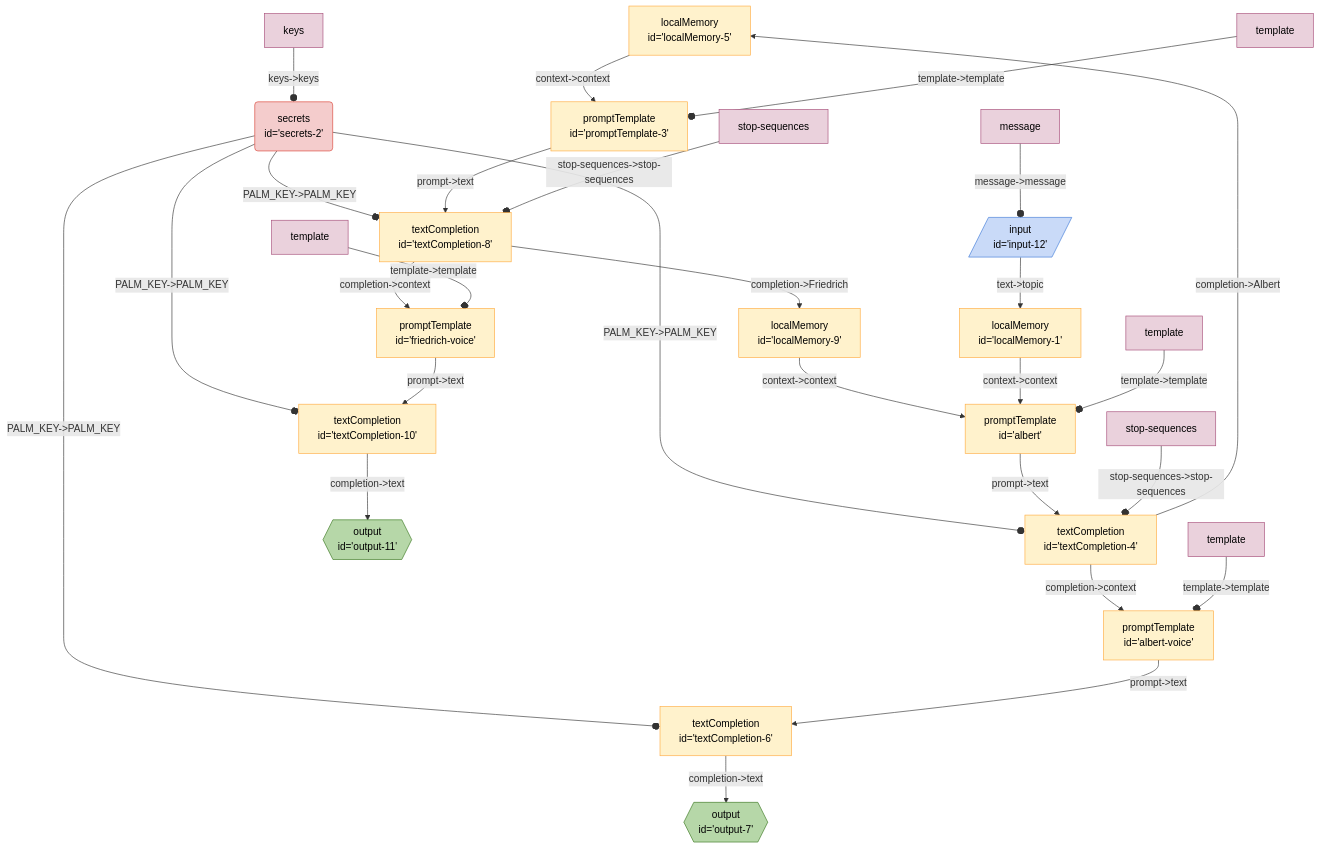
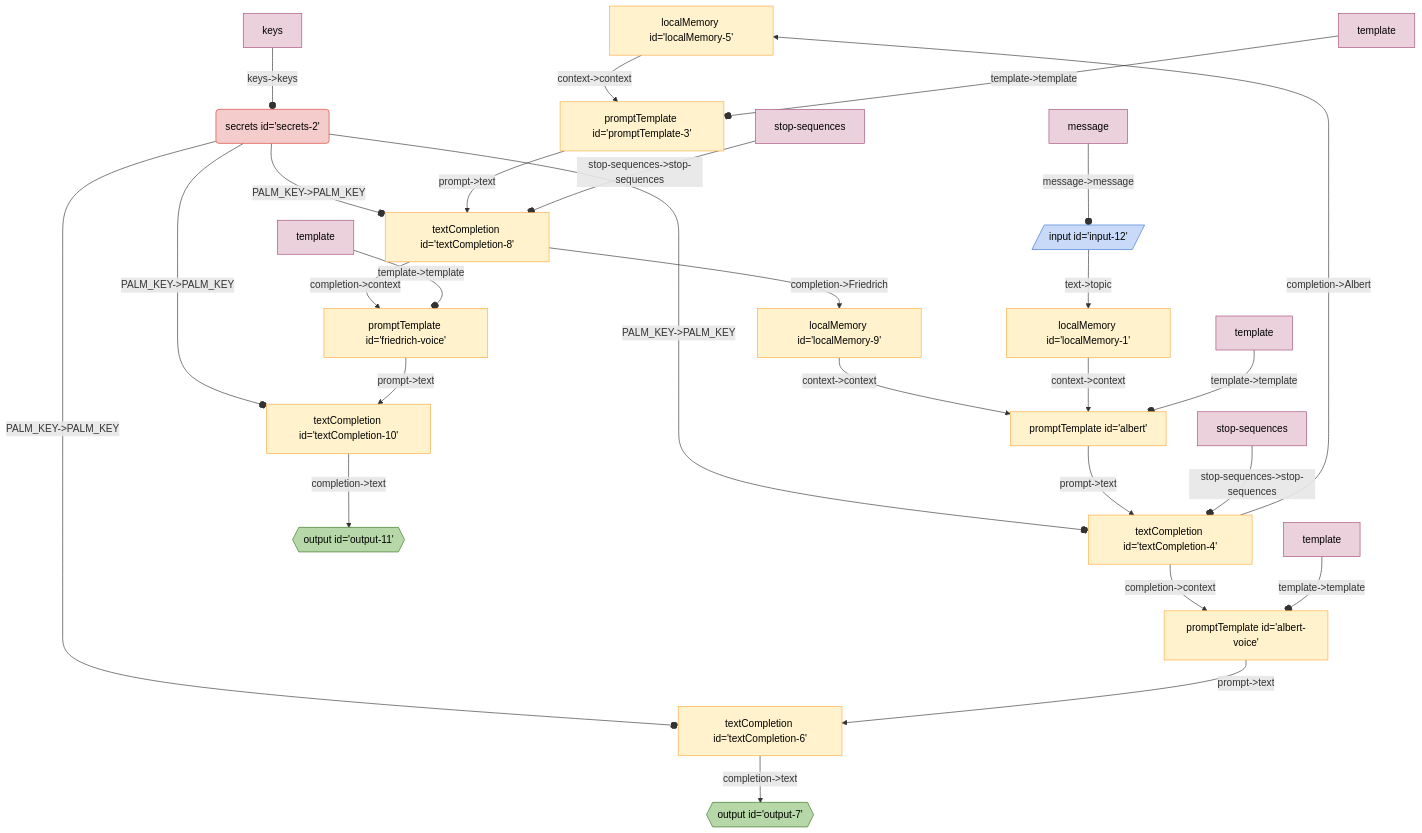
Before and after one commit to breadboard-ai/breadboard: the diagram in seeds/graph-playground/docs/graphs/endless-debate-with-voice.md, drawn with Mermaid. The commit also changed 17 other files, not shown here.

Commit message:
nit: remove extranous line break in mermaid sources

````diff
--- a/seeds/graph-playground/docs/graphs/endless-debate-with-voice.md
+++ b/seeds/graph-playground/docs/graphs/endless-debate-with-voice.md
@@ -5,74 +5,38 @@
   ```mermaid
   %%{init: 'themeVariables': { 'fontFamily': 'Fira Code, monospace' }}%%
 graph TD;
-localMemory5["localMemory
-id='localMemory-5'"] -- "context->context" --> promptTemplate3["promptTemplate
-id='promptTemplate-3'"]
-textCompletion4["textCompletion
-id='textCompletion-4'"] -- "completion->Albert" --> localMemory5["localMemory
-id='localMemory-5'"]
-secrets2("secrets
-id='secrets-2'"):::secrets -- "PALM_KEY->PALM_KEY" --o textCompletion6["textCompletion
-id='textCompletion-6'"]
-textCompletion6["textCompletion
-id='textCompletion-6'"] -- "completion->text" --> output7{{"output
-id='output-7'"}}:::output
-albertvoice["promptTemplate
-id='albert-voice'"] -- "prompt->text" --> textCompletion6["textCompletion
-id='textCompletion-6'"]
-textCompletion4["textCompletion
-id='textCompletion-4'"] -- "completion->context" --> albertvoice["promptTemplate
-id='albert-voice'"]
-secrets2("secrets
-id='secrets-2'"):::secrets -- "PALM_KEY->PALM_KEY" --o textCompletion4["textCompletion
-id='textCompletion-4'"]
-albert["promptTemplate
-id='albert'"] -- "prompt->text" --> textCompletion4["textCompletion
-id='textCompletion-4'"]
-localMemory9["localMemory
-id='localMemory-9'"] -- "context->context" --> albert["promptTemplate
-id='albert'"]
-textCompletion8["textCompletion
-id='textCompletion-8'"] -- "completion->Friedrich" --> localMemory9["localMemory
-id='localMemory-9'"]
-secrets2("secrets
-id='secrets-2'"):::secrets -- "PALM_KEY->PALM_KEY" --o textCompletion10["textCompletion
-id='textCompletion-10'"]
-textCompletion10["textCompletion
-id='textCompletion-10'"] -- "completion->text" --> output11{{"output
-id='output-11'"}}:::output
-friedrichvoice["promptTemplate
-id='friedrich-voice'"] -- "prompt->text" --> textCompletion10["textCompletion
-id='textCompletion-10'"]
-textCompletion8["textCompletion
-id='textCompletion-8'"] -- "completion->context" --> friedrichvoice["promptTemplate
-id='friedrich-voice'"]
-secrets2("secrets
-id='secrets-2'"):::secrets -- "PALM_KEY->PALM_KEY" --o textCompletion8["textCompletion
-id='textCompletion-8'"]
-promptTemplate3["promptTemplate
-id='promptTemplate-3'"] -- "prompt->text" --> textCompletion8["textCompletion
-id='textCompletion-8'"]
-localMemory1["localMemory
-id='localMemory-1'"] -- "context->context" --> albert["promptTemplate
-id='albert'"]
-input12[/"input
-id='input-12'"/]:::input -- "text->topic" --> localMemory1["localMemory
-id='localMemory-1'"]
+localMemory5["localMemory id='localMemory-5'"] -- "context->context" --> promptTemplate3["promptTemplate id='promptTemplate-3'"]
+textCompletion4["textCompletion id='textCompletion-4'"] -- "completion->Albert" --> localMemory5["localMemory id='localMemory-5'"]
+secrets2("secrets id='secrets-2'"):::secrets -- "PALM_KEY->PALM_KEY" --o textCompletion6["textCompletion id='textCompletion-6'"]
+textCompletion6["textCompletion id='textCompletion-6'"] -- "completion->text" --> output7{{"output id='output-7'"}}:::output
+albertvoice["promptTemplate id='albert-voice'"] -- "prompt->text" --> textCompletion6["textCompletion id='textCompletion-6'"]
+textCompletion4["textCompletion id='textCompletion-4'"] -- "completion->context" --> albertvoice["promptTemplate id='albert-voice'"]
+secrets2("secrets id='secrets-2'"):::secrets -- "PALM_KEY->PALM_KEY" --o textCompletion4["textCompletion id='textCompletion-4'"]
+albert["promptTemplate id='albert'"] -- "prompt->text" --> textCompletion4["textCompletion id='textCompletion-4'"]
+localMemory9["localMemory id='localMemory-9'"] -- "context->context" --> albert["promptTemplate id='albert'"]
+textCompletion8["textCompletion id='textCompletion-8'"] -- "completion->Friedrich" --> localMemory9["localMemory id='localMemory-9'"]
+secrets2("secrets id='secrets-2'"):::secrets -- "PALM_KEY->PALM_KEY" --o textCompletion10["textCompletion id='textCompletion-10'"]
+textCompletion10["textCompletion id='textCompletion-10'"] -- "completion->text" --> output11{{"output id='output-11'"}}:::output
+friedrichvoice["promptTemplate id='friedrich-voice'"] -- "prompt->text" --> textCompletion10["textCompletion id='textCompletion-10'"]
+textCompletion8["textCompletion id='textCompletion-8'"] -- "completion->context" --> friedrichvoice["promptTemplate id='friedrich-voice'"]
+secrets2("secrets id='secrets-2'"):::secrets -- "PALM_KEY->PALM_KEY" --o textCompletion8["textCompletion id='textCompletion-8'"]
+promptTemplate3["promptTemplate id='promptTemplate-3'"] -- "prompt->text" --> textCompletion8["textCompletion id='textCompletion-8'"]
+localMemory1["localMemory id='localMemory-1'"] -- "context->context" --> albert["promptTemplate id='albert'"]
+input12[/"input id='input-12'"/]:::input -- "text->topic" --> localMemory1["localMemory id='localMemory-1'"]
 keyssecrets2[keys]:::config -- "keys->keys" --o secrets2
 templatepromptTemplate3[template]:::config -- "template->template" --o promptTemplate3
 templatealbert[template]:::config -- "template->template" --o albert
 stopsequencestextCompletion4[stop-sequences]:::config -- "stop-sequences->stop-sequences" --o textCompletion4
 templatealbertvoice[template]:::config -- "template->template" --o albertvoice
 stopsequencestextCompletion8[stop-sequences]:::config -- "stop-sequences->stop-sequences" --o textCompletion8
 templatefriedrichvoice[template]:::config -- "template->template" --o friedrichvoice
 messageinput12[message]:::config -- "message->message" --o input12
 classDef default stroke:#ffab40,fill:#fff2ccff,color:#000
 classDef input stroke:#3c78d8,fill:#c9daf8ff,color:#000
 classDef output stroke:#38761d,fill:#b6d7a8ff,color:#000
 classDef passthrough stroke:#a64d79,fill:#ead1dcff,color:#000
 classDef slot stroke:#a64d79,fill:#ead1dcff,color:#000
 classDef config stroke:#a64d79,fill:#ead1dcff,color:#000
 classDef secrets stroke:#db4437,fill:#f4cccc,color:#000
 classDef slotted stroke:#a64d79
   ```
````
